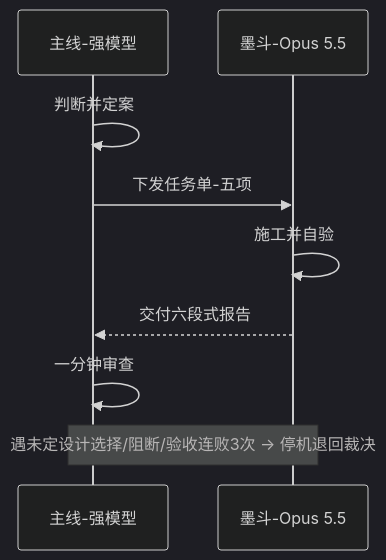
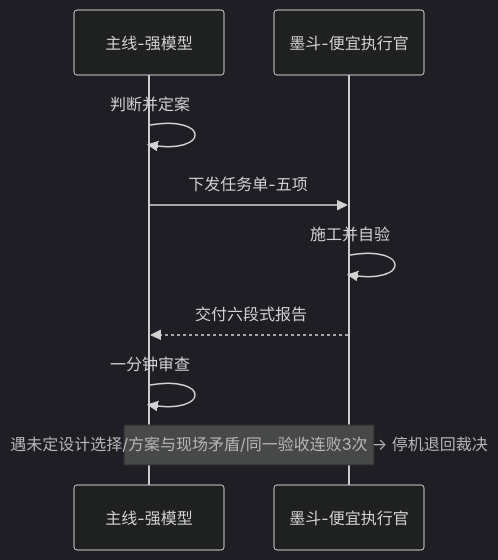
One commit to geekxm/modou changed the first of 2 diagrams in README.md. Above: the diagram before and after it, drawn with Mermaid (dark theme). The commit also changed other lines of this file and 6 other files, not shown here.

````diff
--- a/README.md
+++ b/README.md
@@ -19,11 +28,11 @@
 ```mermaid
 sequenceDiagram
     participant M as 主线-强模型
-    participant D as 墨斗-Opus 5.5
+    participant D as 墨斗-便宜执行官
     M->>M: 判断并定案
     M->>D: 下发任务单-五项
     D->>D: 施工并自验
     D-->>M: 交付六段式报告
     M->>M: 一分钟审查
-    Note over D,M: 遇未定设计选择/阻断/验收连败3次 → 停机退回裁决
+    Note over D,M: 遇未定设计选择/方案与现场矛盾/同一验收连败3次 → 停机退回裁决
 ```
````
